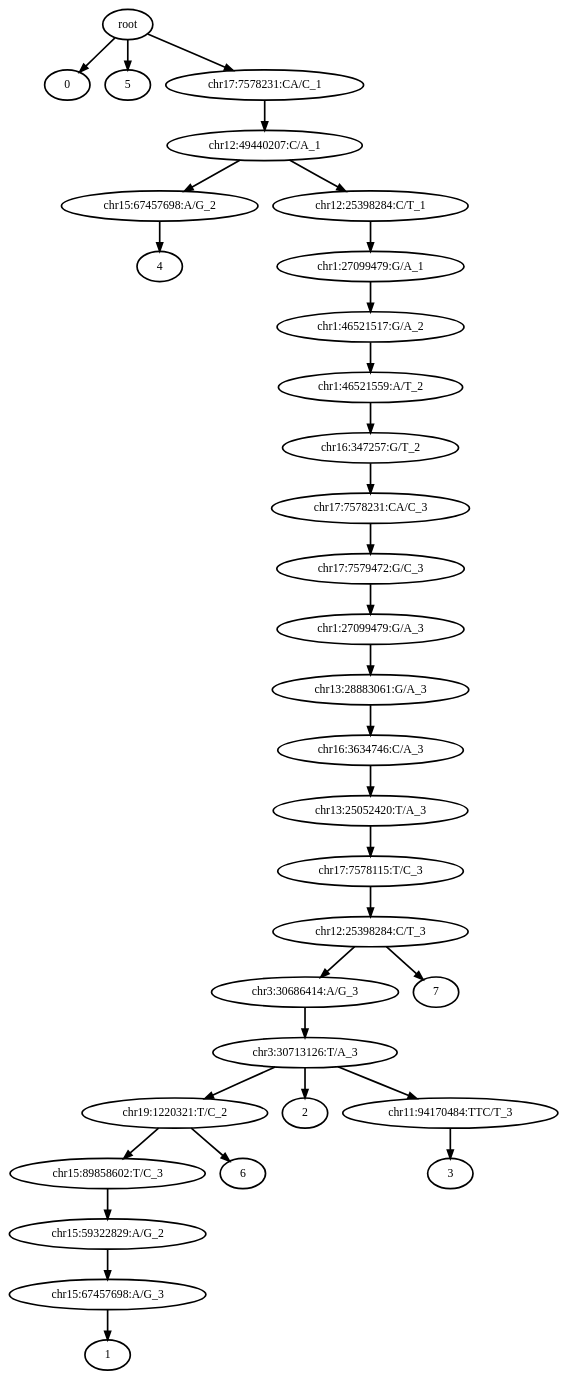
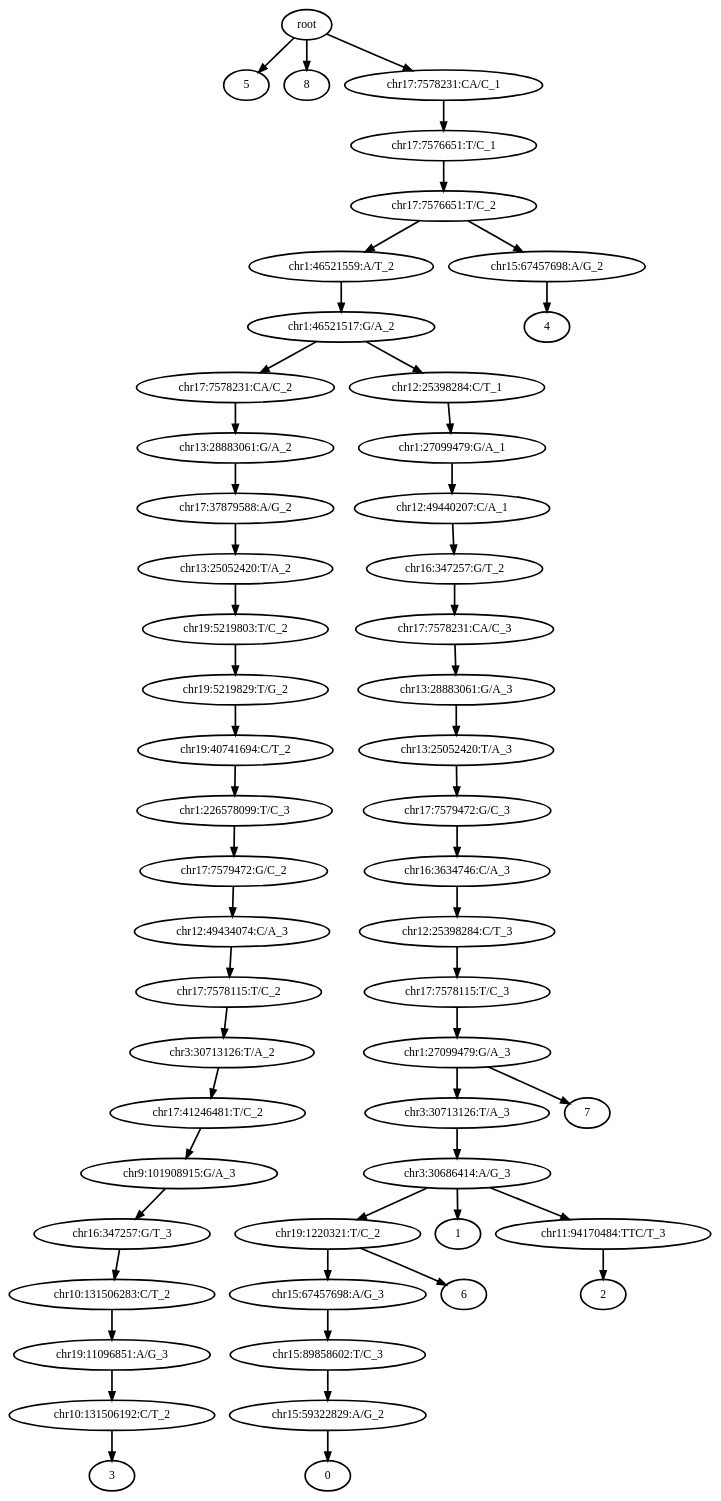
The diagram in 0_condor_pipeline/condor_outputs/M13/out_tree.dot (haochenz96/Tapestri_main_manuscript_analysis), drawn with Graphviz before and after one commit. The commit also changed 104 other files, not shown here.

```diff
--- a/0_condor_pipeline/condor_outputs/M13/out_tree.dot
+++ b/0_condor_pipeline/condor_outputs/M13/out_tree.dot
@@ -1,67 +1,109 @@
 digraph N {
 	overlap="false"
 	rankdir="TB"
 	0 [label="root", style="bold"];
-	1 [label="0", style="bold"];
-	2 [label="chr3:30686414:A/G_3", style="bold"];
+	1 [label="chr1:46521559:A/T_2", style="bold"];
+	2 [label="chr1:46521517:G/A_2", style="bold"];
 	3 [label="chr3:30713126:T/A_3", style="bold"];
-	4 [label="chr19:1220321:T/C_2", style="bold"];
-	5 [label="chr15:89858602:T/C_3", style="bold"];
-	6 [label="chr15:59322829:A/G_2", style="bold"];
-	7 [label="chr15:67457698:A/G_3", style="bold"];
-	8 [label="1", style="bold"];
-	9 [label="2", style="bold"];
-	10 [label="chr11:94170484:TTC/T_3", style="bold"];
-	11 [label="3", style="bold"];
-	12 [label="chr15:67457698:A/G_2", style="bold"];
-	13 [label="4", style="bold"];
-	14 [label="5", style="bold"];
-	15 [label="6", style="bold"];
-	16 [label="7", style="bold"];
-	17 [label="chr1:46521517:G/A_2", style="bold"];
-	18 [label="chr1:46521559:A/T_2", style="bold"];
-	19 [label="chr16:347257:G/T_2", style="bold"];
-	20 [label="chr17:7578231:CA/C_3", style="bold"];
-	21 [label="chr17:7579472:G/C_3", style="bold"];
-	22 [label="chr1:27099479:G/A_3", style="bold"];
-	23 [label="chr13:28883061:G/A_3", style="bold"];
-	24 [label="chr16:3634746:C/A_3", style="bold"];
-	25 [label="chr13:25052420:T/A_3", style="bold"];
-	26 [label="chr17:7578115:T/C_3", style="bold"];
-	27 [label="chr12:25398284:C/T_3", style="bold"];
-	28 [label="chr17:7578231:CA/C_1", style="bold"];
-	29 [label="chr12:49440207:C/A_1", style="bold"];
-	30 [label="chr12:25398284:C/T_1", style="bold"];
-	31 [label="chr1:27099479:G/A_1", style="bold"];
-	0 -> 1 [style="bold"];
-	0 -> 14 [style="bold"];
-	0 -> 28 [style="bold"];
-	2 -> 3 [style="bold"];
+	4 [label="chr3:30686414:A/G_3", style="bold"];
+	5 [label="chr19:1220321:T/C_2", style="bold"];
+	6 [label="chr15:67457698:A/G_3", style="bold"];
+	7 [label="chr15:89858602:T/C_3", style="bold"];
+	8 [label="chr15:59322829:A/G_2", style="bold"];
+	9 [label="0", style="bold"];
+	10 [label="1", style="bold"];
+	11 [label="chr11:94170484:TTC/T_3", style="bold"];
+	12 [label="2", style="bold"];
+	13 [label="chr17:7578231:CA/C_2", style="bold"];
+	14 [label="chr13:28883061:G/A_2", style="bold"];
+	15 [label="chr17:37879588:A/G_2", style="bold"];
+	16 [label="chr13:25052420:T/A_2", style="bold"];
+	17 [label="chr19:5219803:T/C_2", style="bold"];
+	18 [label="chr19:5219829:T/G_2", style="bold"];
+	19 [label="chr19:40741694:C/T_2", style="bold"];
+	20 [label="chr1:226578099:T/C_3", style="bold"];
+	21 [label="chr17:7579472:G/C_2", style="bold"];
+	22 [label="chr12:49434074:C/A_3", style="bold"];
+	23 [label="chr17:7578115:T/C_2", style="bold"];
+	24 [label="chr3:30713126:T/A_2", style="bold"];
+	25 [label="chr17:41246481:T/C_2", style="bold"];
+	26 [label="chr9:101908915:G/A_3", style="bold"];
+	27 [label="chr16:347257:G/T_3", style="bold"];
+	28 [label="chr10:131506283:C/T_2", style="bold"];
+	29 [label="chr19:11096851:A/G_3", style="bold"];
+	30 [label="chr10:131506192:C/T_2", style="bold"];
+	31 [label="3", style="bold"];
+	32 [label="chr15:67457698:A/G_2", style="bold"];
+	33 [label="4", style="bold"];
+	34 [label="5", style="bold"];
+	35 [label="6", style="bold"];
+	36 [label="7", style="bold"];
+	37 [label="8", style="bold"];
+	38 [label="chr17:7576651:T/C_2", style="bold"];
+	39 [label="chr16:347257:G/T_2", style="bold"];
+	40 [label="chr17:7578231:CA/C_3", style="bold"];
+	41 [label="chr13:28883061:G/A_3", style="bold"];
+	42 [label="chr13:25052420:T/A_3", style="bold"];
+	43 [label="chr17:7579472:G/C_3", style="bold"];
+	44 [label="chr16:3634746:C/A_3", style="bold"];
+	45 [label="chr12:25398284:C/T_3", style="bold"];
+	46 [label="chr17:7578115:T/C_3", style="bold"];
+	47 [label="chr1:27099479:G/A_3", style="bold"];
+	48 [label="chr17:7578231:CA/C_1", style="bold"];
+	49 [label="chr17:7576651:T/C_1", style="bold"];
+	50 [label="chr12:25398284:C/T_1", style="bold"];
+	51 [label="chr1:27099479:G/A_1", style="bold"];
+	52 [label="chr12:49440207:C/A_1", style="bold"];
+	0 -> 34 [style="bold"];
+	0 -> 37 [style="bold"];
+	0 -> 48 [style="bold"];
+	1 -> 2 [style="bold"];
+	2 -> 13 [style="bold"];
+	2 -> 50 [style="bold"];
 	3 -> 4 [style="bold"];
-	3 -> 9 [style="bold"];
-	3 -> 10 [style="bold"];
 	4 -> 5 [style="bold"];
-	4 -> 15 [style="bold"];
+	4 -> 10 [style="bold"];
+	4 -> 11 [style="bold"];
 	5 -> 6 [style="bold"];
+	5 -> 35 [style="bold"];
 	6 -> 7 [style="bold"];
 	7 -> 8 [style="bold"];
-	10 -> 11 [style="bold"];
-	12 -> 13 [style="bold"];
+	8 -> 9 [style="bold"];
+	11 -> 12 [style="bold"];
+	13 -> 14 [style="bold"];
+	14 -> 15 [style="bold"];
+	15 -> 16 [style="bold"];
+	16 -> 17 [style="bold"];
 	17 -> 18 [style="bold"];
 	18 -> 19 [style="bold"];
 	19 -> 20 [style="bold"];
 	20 -> 21 [style="bold"];
 	21 -> 22 [style="bold"];
 	22 -> 23 [style="bold"];
 	23 -> 24 [style="bold"];
 	24 -> 25 [style="bold"];
 	25 -> 26 [style="bold"];
 	26 -> 27 [style="bold"];
-	27 -> 2 [style="bold"];
-	27 -> 16 [style="bold"];
+	27 -> 28 [style="bold"];
 	28 -> 29 [style="bold"];
-	29 -> 12 [style="bold"];
 	29 -> 30 [style="bold"];
 	30 -> 31 [style="bold"];
-	31 -> 17 [style="bold"];
+	32 -> 33 [style="bold"];
+	38 -> 1 [style="bold"];
+	38 -> 32 [style="bold"];
+	39 -> 40 [style="bold"];
+	40 -> 41 [style="bold"];
+	41 -> 42 [style="bold"];
+	42 -> 43 [style="bold"];
+	43 -> 44 [style="bold"];
+	44 -> 45 [style="bold"];
+	45 -> 46 [style="bold"];
+	46 -> 47 [style="bold"];
+	47 -> 3 [style="bold"];
+	47 -> 36 [style="bold"];
+	48 -> 49 [style="bold"];
+	49 -> 38 [style="bold"];
+	50 -> 51 [style="bold"];
+	51 -> 52 [style="bold"];
+	52 -> 39 [style="bold"];
 }
```
